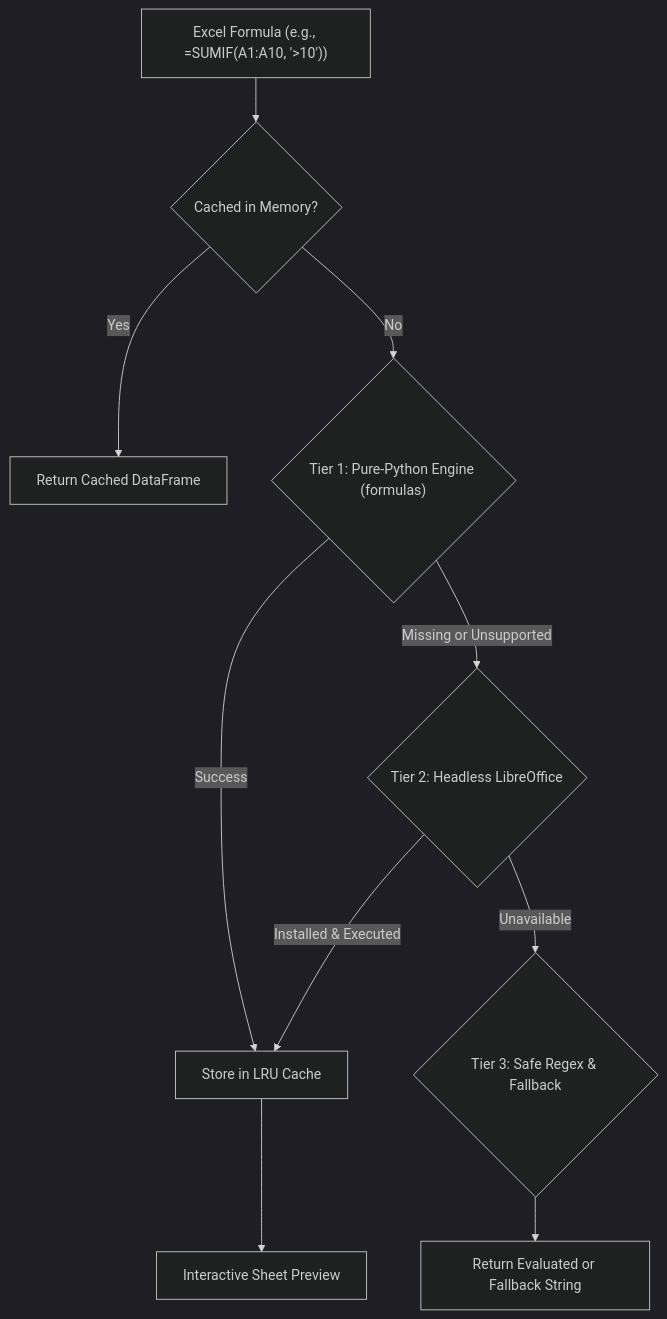
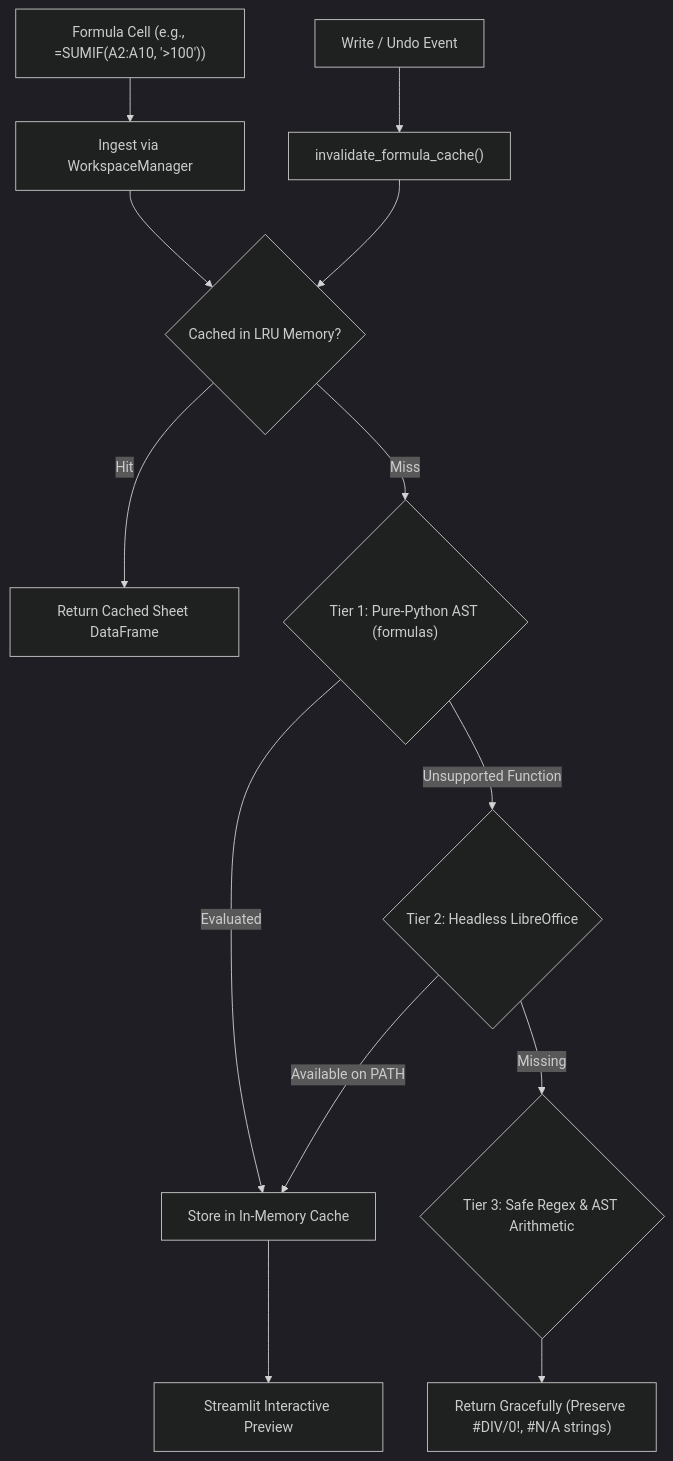
Before and after one commit to SainBux-HadiSeelro/excel-ai-agent: the fourth of 5 diagrams in SPEC.md, drawn with Mermaid (dark theme). The commit also changed other lines of this file, not shown here.

Commit message:
docs: modernize SPEC.md with IEEE standards, ReAct state diagrams, STRIDE threat model, and token budget SLAs

````diff
--- a/SPEC.md
+++ b/SPEC.md
@@ -260,15 +230,20 @@
 ```mermaid
 flowchart TD
-    Formula["Excel Formula (e.g., =SUMIF(A1:A10, '>10'))"] --> CheckCache{"Cached in Memory?"}
-    CheckCache -- Yes --> ReturnCache["Return Cached DataFrame"]
-    CheckCache -- No --> Tier1{"Tier 1: Pure-Python Engine (formulas)"}
+    FormulaCell["Formula Cell (e.g., =SUMIF(A2:A10, '>100'))"] --> Ingest["Ingest via WorkspaceManager"]
+    Ingest --> CheckCache{"Cached in LRU Memory?"}
     
-    Tier1 -- Success --> CacheResult["Store in LRU Cache"]
-    Tier1 -- Missing or Unsupported --> Tier2{"Tier 2: Headless LibreOffice"}
+    CheckCache -- Hit --> ReturnDF["Return Cached Sheet DataFrame"]
+    CheckCache -- Miss --> Tier1{"Tier 1: Pure-Python AST (formulas)"}
     
-    Tier2 -- Installed & Executed --> CacheResult
-    Tier2 -- Unavailable --> Tier3{"Tier 3: Safe Regex & Fallback"}
+    Tier1 -- Evaluated --> CacheResult["Store in In-Memory Cache"]
+    Tier1 -- Unsupported Function --> Tier2{"Tier 2: Headless LibreOffice"}
     
-    Tier3 --> ReturnSafe["Return Evaluated or Fallback String"]
-    CacheResult --> OutputPreview["Interactive Sheet Preview"]
+    Tier2 -- Available on PATH --> CacheResult
+    Tier2 -- Missing --> Tier3{"Tier 3: Safe Regex & AST Arithmetic"}
+    
+    Tier3 --> ReturnGraceful["Return Gracefully (Preserve #DIV/0!, #N/A strings)"]
+    CacheResult --> SheetPreview["Streamlit Interactive Preview"]
+    
+    MutationEvent["Write / Undo Event"] --> Invalidate["invalidate_formula_cache()"]
+    Invalidate --> CheckCache
 ```
````
